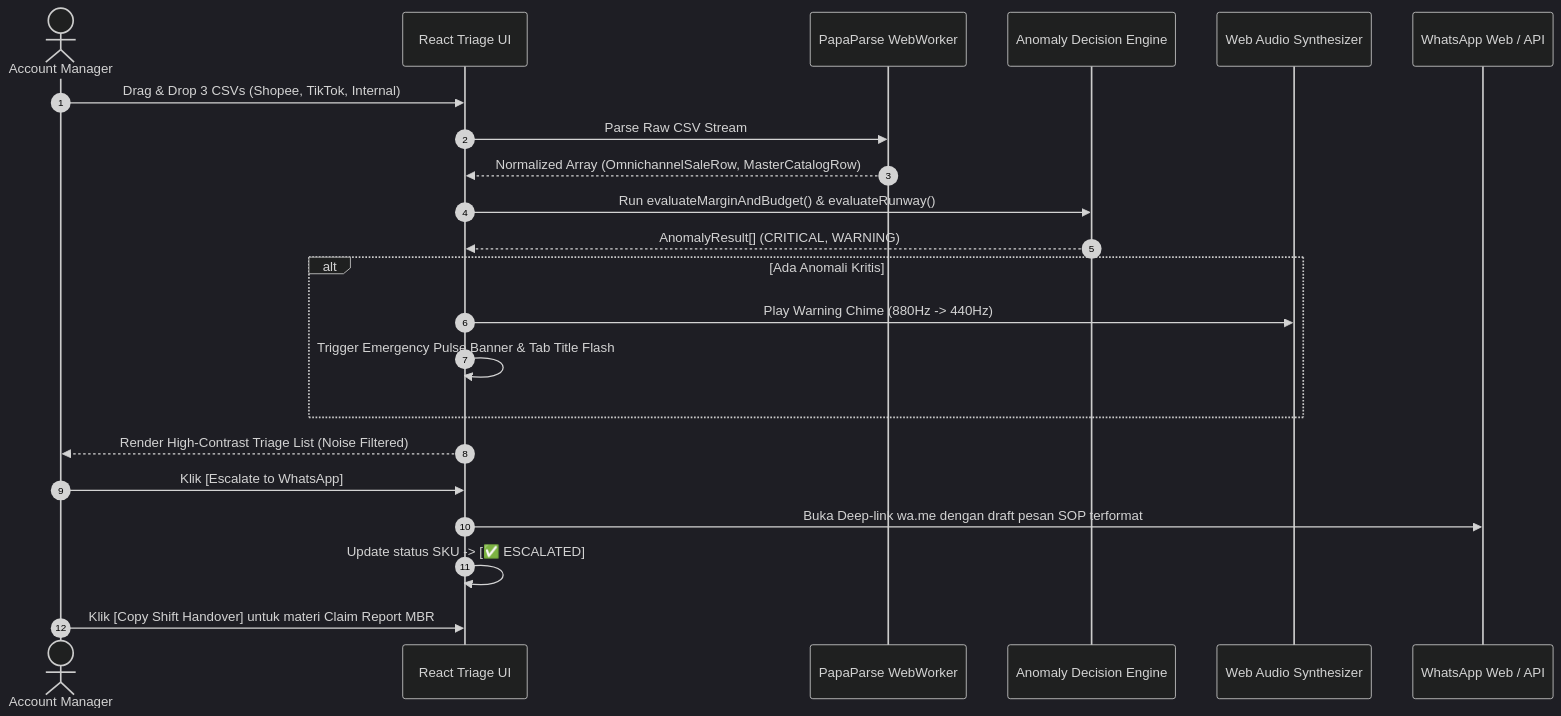
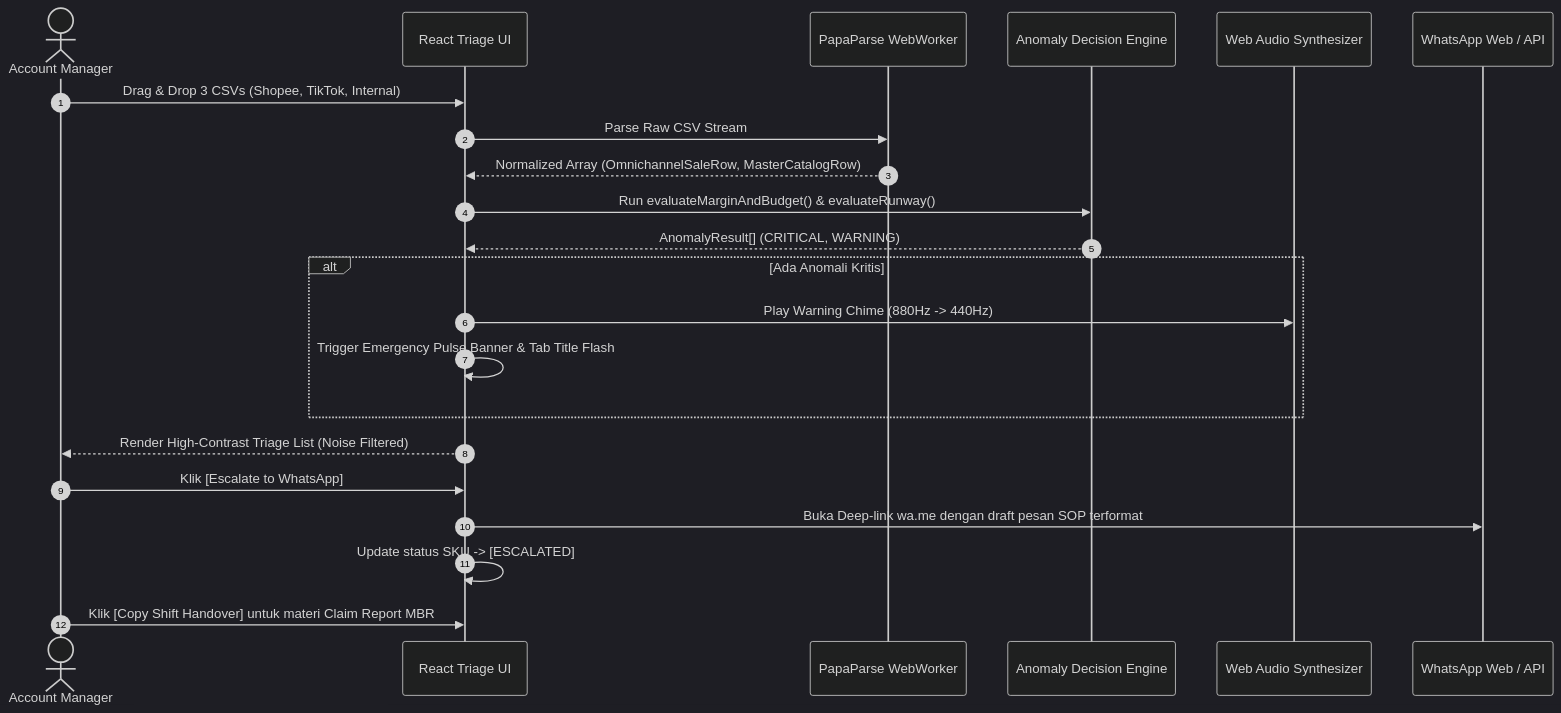
Before and after one commit to HusniAbdillah/ai-prototyping-workshop: the first of 2 diagrams in docs/05_SYSTEM_ARCHITECTURE.md, drawn with Mermaid (dark theme). The commit also changed 15 other files, not shown here.

````diff
--- a/docs/05_SYSTEM_ARCHITECTURE.md
+++ b/docs/05_SYSTEM_ARCHITECTURE.md
@@ -20,25 +20,25 @@
 ```mermaid
 sequenceDiagram
     autonumber
     actor AM as Account Manager
     participant UI as React Triage UI
     participant Worker as PapaParse WebWorker
     participant Engine as Anomaly Decision Engine
     participant Audio as Web Audio Synthesizer
     participant WA as WhatsApp Web / API
 
     AM->>UI: Drag & Drop 3 CSVs (Shopee, TikTok, Internal)
     UI->>Worker: Parse Raw CSV Stream
     Worker-->>UI: Normalized Array (OmnichannelSaleRow, MasterCatalogRow)
     UI->>Engine: Run evaluateMarginAndBudget() & evaluateRunway()
     Engine-->>UI: AnomalyResult[] (CRITICAL, WARNING)
     alt Ada Anomali Kritis
         UI->>Audio: Play Warning Chime (880Hz -> 440Hz)
         UI->>UI: Trigger Emergency Pulse Banner & Tab Title Flash
     end
     UI-->>AM: Render High-Contrast Triage List (Noise Filtered)
     AM->>UI: Klik [Escalate to WhatsApp]
     UI->>WA: Buka Deep-link wa.me dengan draft pesan SOP terformat
-    UI->>UI: Update status SKU -> [✅ ESCALATED]
+    UI->>UI: Update status SKU -> [ESCALATED]
     AM->>UI: Klik [Copy Shift Handover] untuk materi Claim Report MBR
 ```
````
